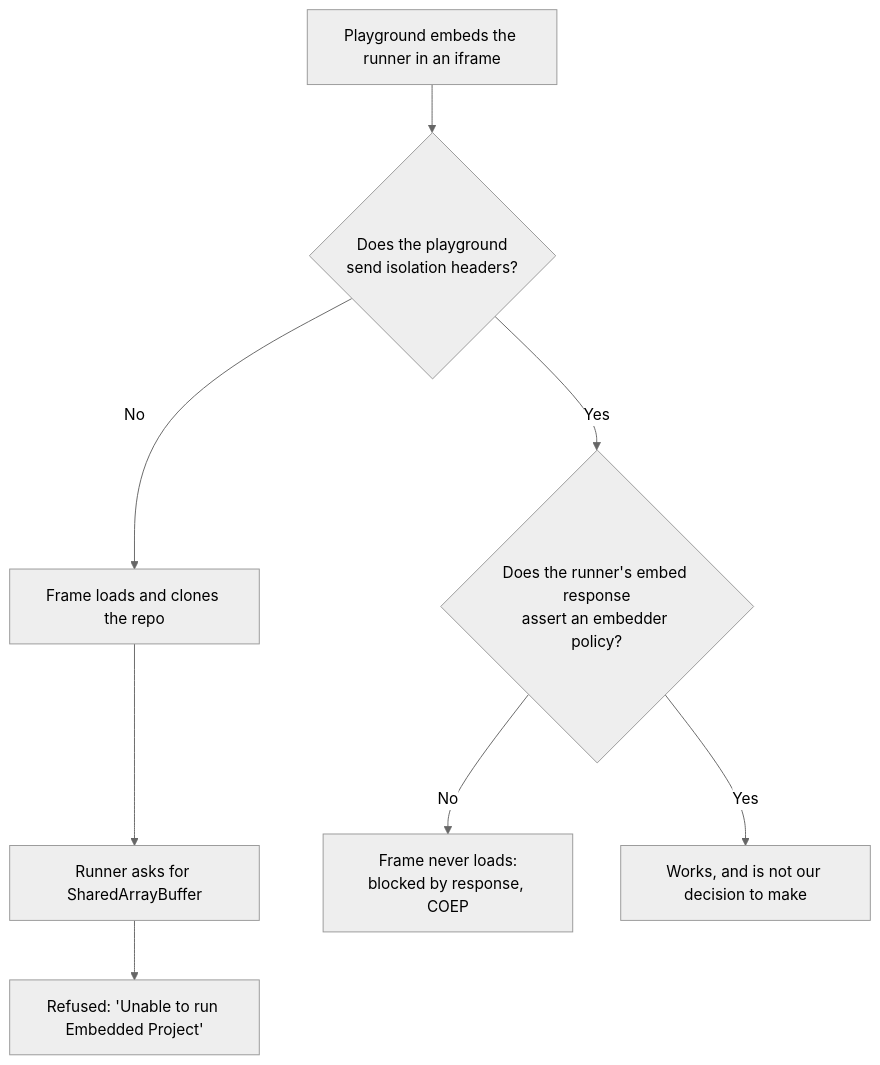
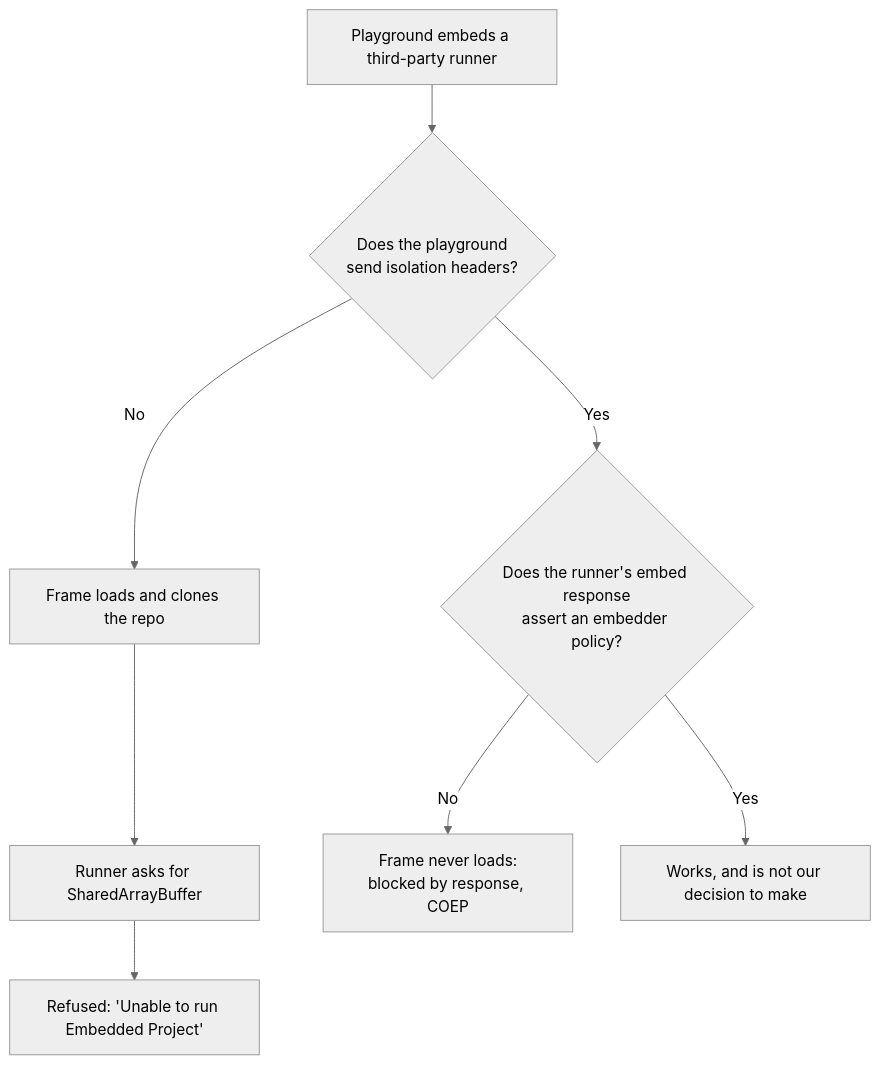
The diagram in documentation/docs/journey/embedding-a-repository-runner.md (cnotv/generative-art), drawn with Mermaid (neutral theme) before and after one commit. The commit also changed other lines of this file and 15 other files, not shown here.

````diff
--- a/documentation/docs/journey/embedding-a-repository-runner.md
+++ b/documentation/docs/journey/embedding-a-repository-runner.md
@@ -29,10 +29,10 @@
 ```mermaid
 flowchart TD
-    A[Playground embeds the runner in an iframe] --> B{Does the playground<br/>send isolation headers?}
+    A[Playground embeds a third-party runner] --> B{Does the playground<br/>send isolation headers?}
     B -->|No| C[Frame loads and clones the repo]
     C --> D[Runner asks for SharedArrayBuffer]
     D --> E[Refused: 'Unable to run Embedded Project']
     B -->|Yes| F{Does the runner's embed response<br/>assert an embedder policy?}
     F -->|No| G[Frame never loads:<br/>blocked by response, COEP]
     F -->|Yes| H[Works, and is not our decision to make]
 ```
````
